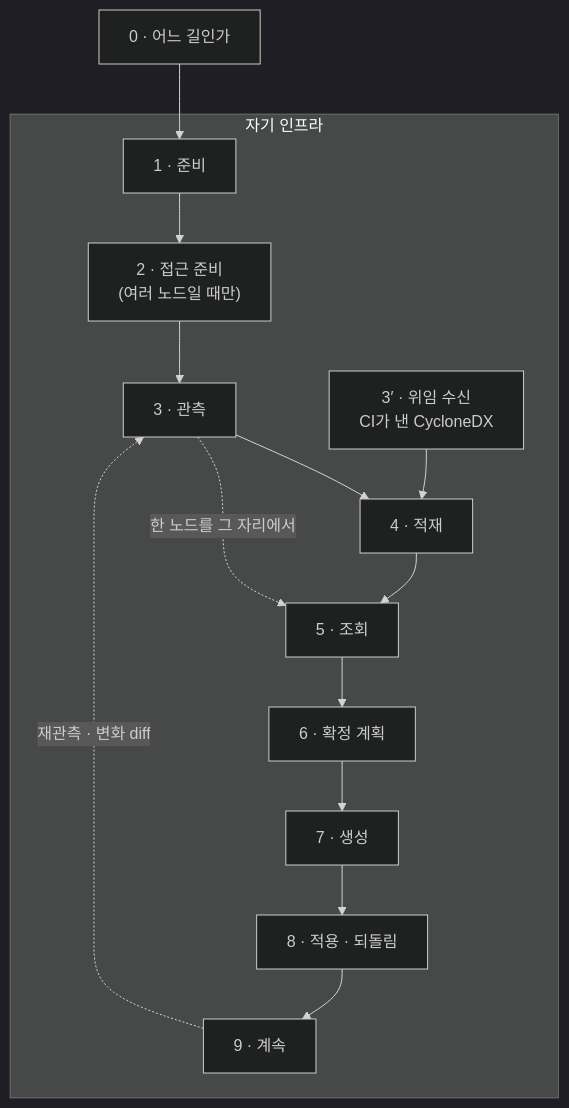
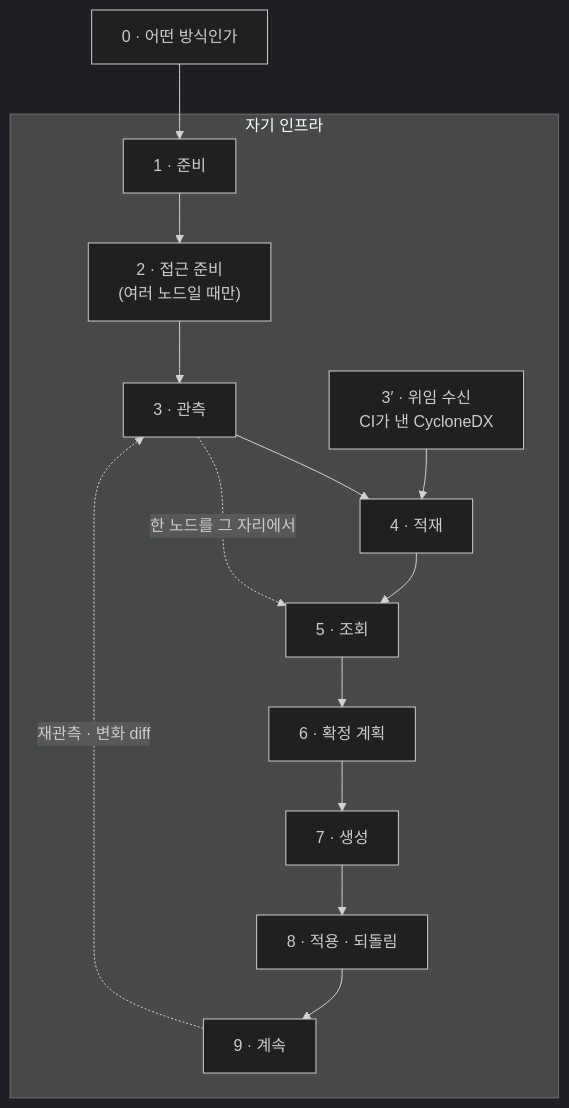
The diagram in journey.md (randyinthedev-hash/pqcota), drawn with Mermaid (dark theme) before and after one commit. The commit also changed other lines of this file and 9 other files, not shown here.

````diff
--- a/journey.md
+++ b/journey.md
@@ -17,19 +17,19 @@
 ```mermaid
 flowchart TB
-    A["0 · 어느 길인가"] --> B
+    A["0 · 어떤 방식인가"] --> B
 
     subgraph inside["자기 인프라"]
       B["1 · 준비"] --> C["2 · 접근 준비<br/>(여러 노드일 때만)"]
       C --> D["3 · 관측"]
       D --> E["4 · 적재"]
       W["3′ · 위임 수신<br/>CI가 낸 CycloneDX"] --> E
       E --> F["5 · 조회"]
       F --> G["6 · 확정 계획"]
       G --> H["7 · 생성"]
       H --> I["8 · 적용 · 되돌림"]
       I --> J["9 · 계속"]
     end
 
     J -.->|"재관측 · 변화 diff"| D
     D -.->|"한 노드를 그 자리에서"| F
 ```
````
